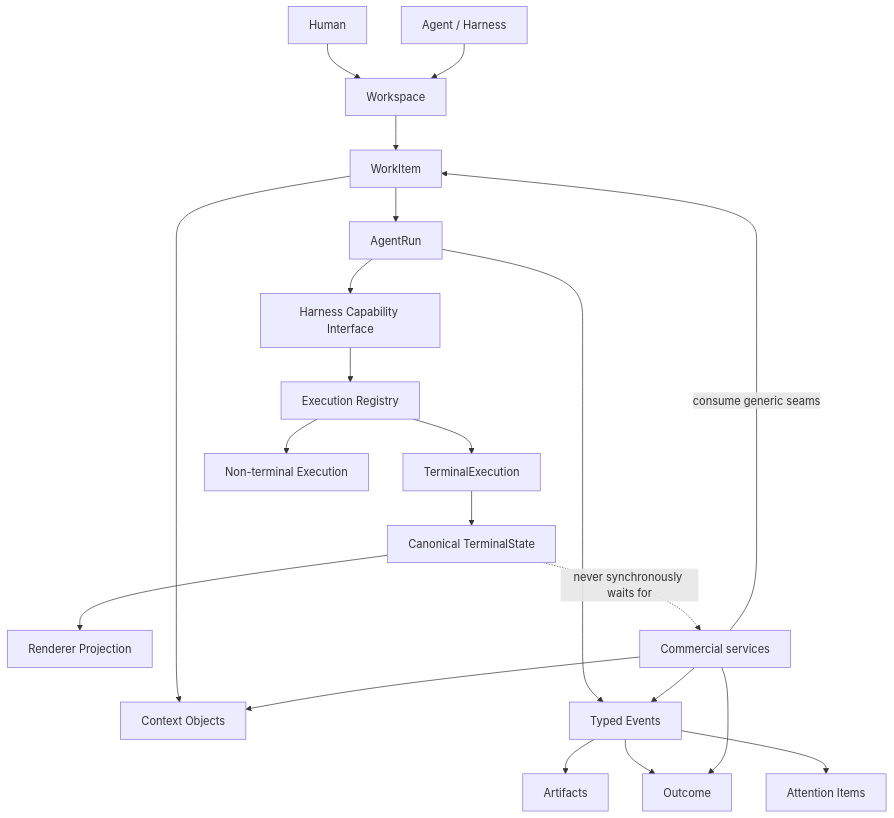
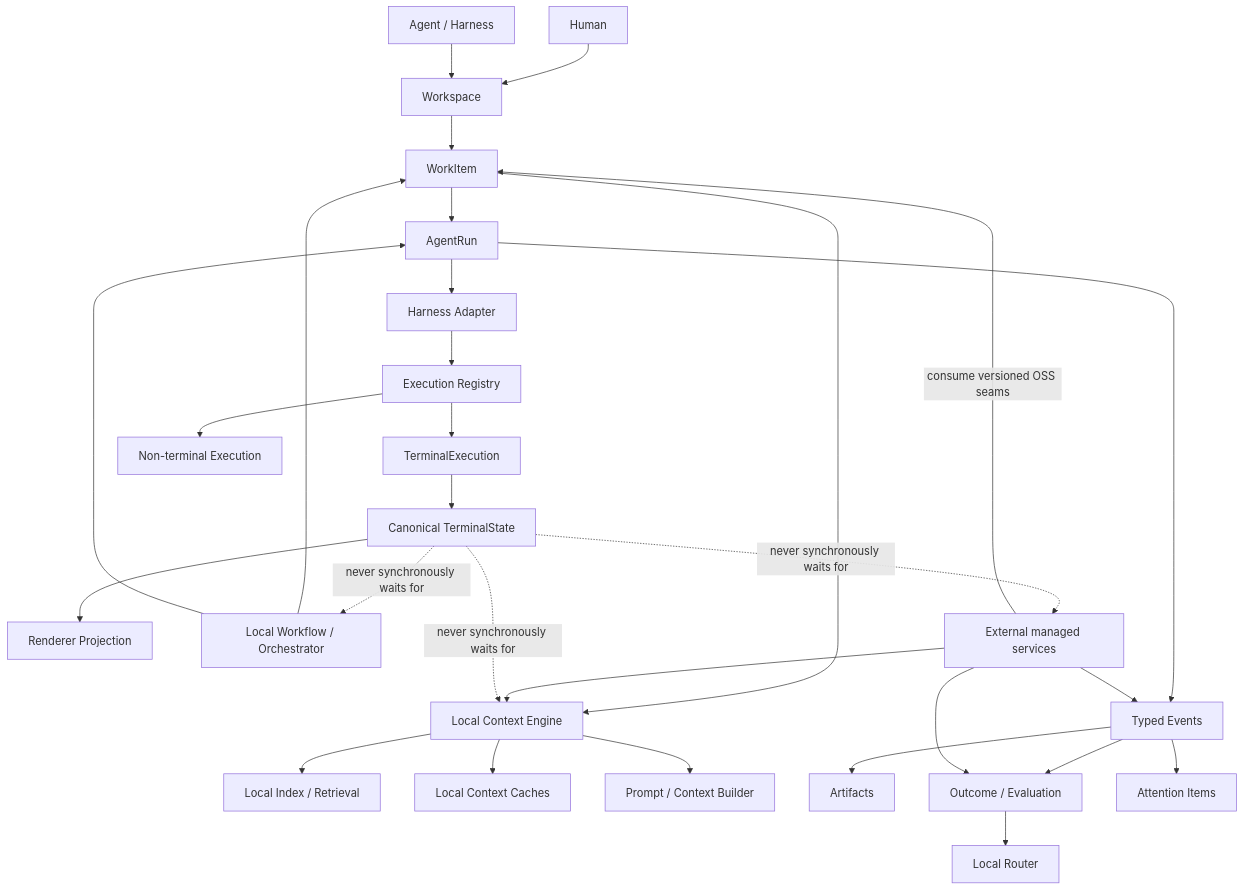
One commit to mahboobmonnamd/seyal changed the first of 2 diagrams in docs/architecture/SEYAL-AGENT-PLATFORM-RD-PLAN-001.md. Above: the diagram before and after it, drawn with Mermaid. The commit also changed other lines of this file, not shown here.

Commit message:
docs: expand OSS agent platform R&D scope

````diff
--- a/docs/architecture/SEYAL-AGENT-PLATFORM-RD-PLAN-001.md
+++ b/docs/architecture/SEYAL-AGENT-PLATFORM-RD-PLAN-001.md
@@ -40,26 +50,36 @@
 ```mermaid
 flowchart TB
     H[Human] --> W[Workspace]
     A[Agent / Harness] --> W
     W --> WI[WorkItem]
     WI --> AR[AgentRun]
-    AR --> HC[Harness Capability Interface]
+    AR --> HC[Harness Adapter]
     HC --> ER[Execution Registry]
     ER --> TE[TerminalExecution]
     ER --> NE[Non-terminal Execution]
     TE --> TS[Canonical TerminalState]
-    TS --> R[Renderer Projection]
+    TS --> RP[Renderer Projection]
 
-    WI --> C[Context Objects]
+    WI --> CE[Local Context Engine]
+    CE --> IDX[Local Index / Retrieval]
+    CE --> CACHE[Local Context Caches]
+    CE --> PB[Prompt / Context Builder]
+
     AR --> EV[Typed Events]
     EV --> AT[Artifacts]
-    EV --> O[Outcome]
+    EV --> O[Outcome / Evaluation]
     EV --> AI[Attention Items]
+    O --> LR[Local Router]
 
-    EXT[Commercial services] -->|consume generic seams| WI
-    EXT --> C
+    WF[Local Workflow / Orchestrator] --> WI
+    WF --> AR
+
+    EXT[External managed services] -->|consume versioned OSS seams| WI
+    EXT --> CE
     EXT --> EV
     EXT --> O
 
+    TS -. never synchronously waits for .-> CE
+    TS -. never synchronously waits for .-> WF
     TS -. never synchronously waits for .-> EXT
 ```
````
